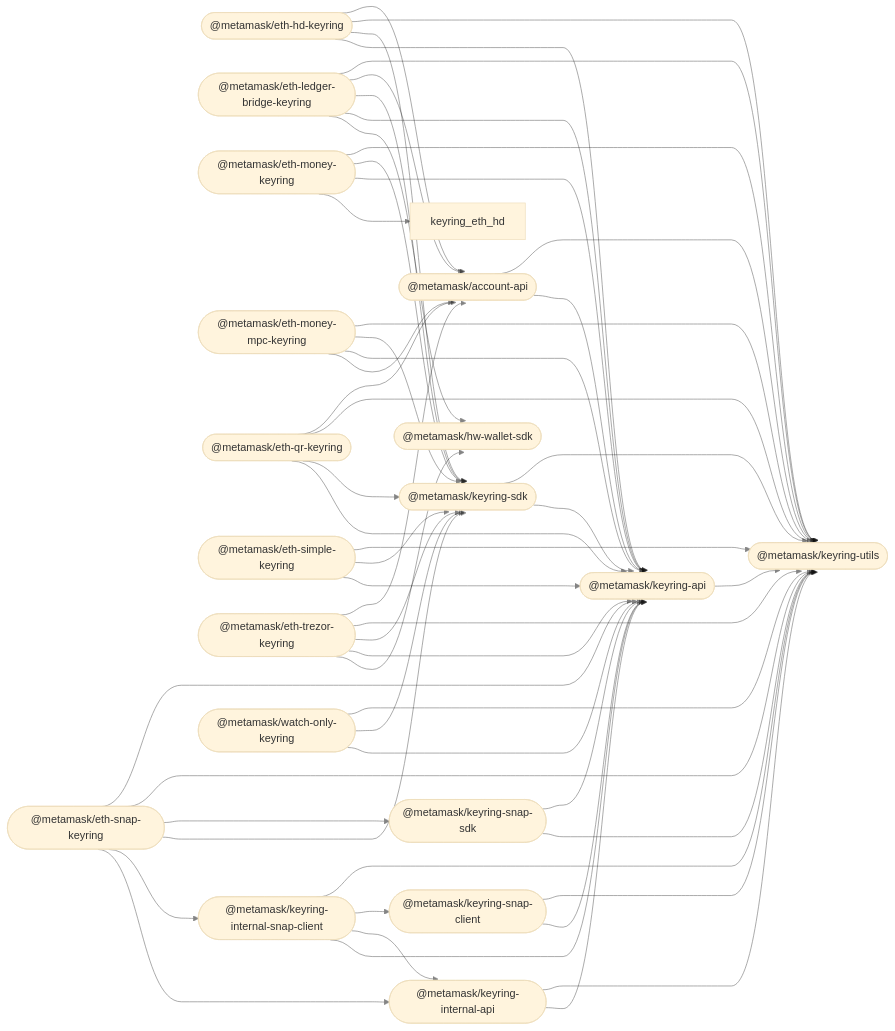
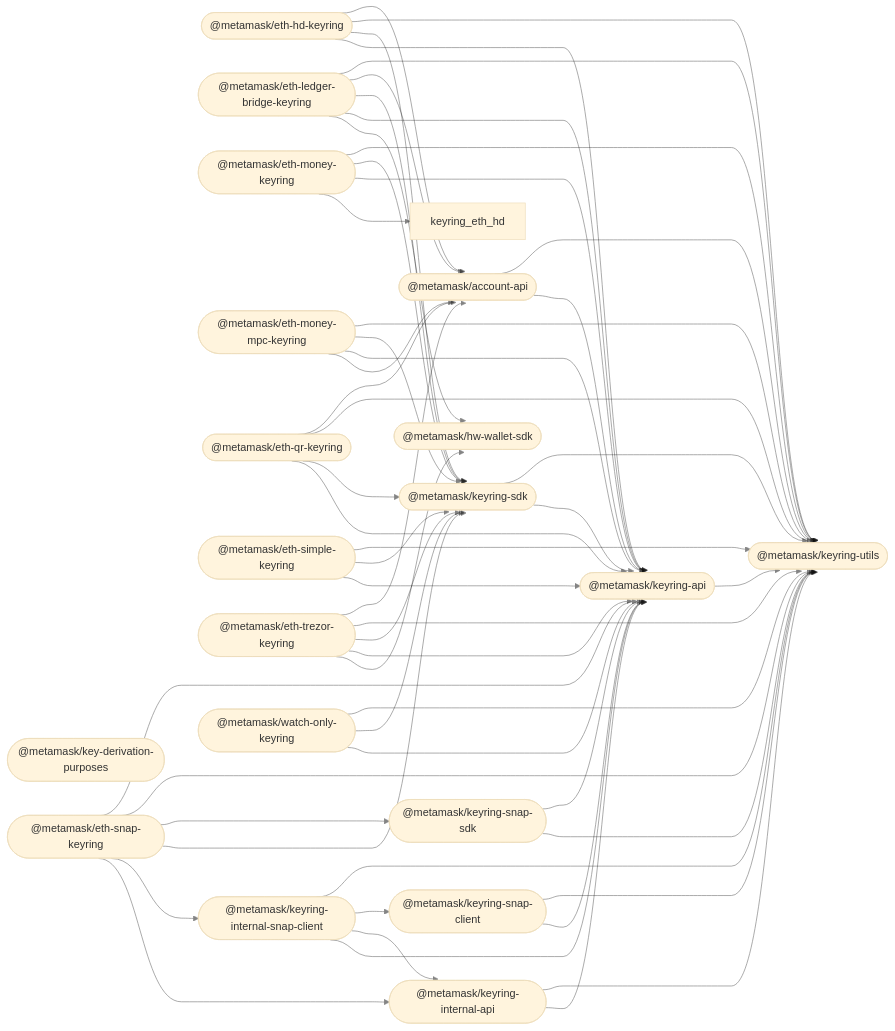
Before and after one commit to MetaMask/accounts: the diagram in README.md, drawn with Mermaid (base theme). The commit also changed other lines of this file and 17 other files, not shown here.

First line of the commit message:
feat(key-derivation-purposes): add shared key derivation purpose registry (#711)

````diff
--- a/README.md
+++ b/README.md
@@ -46,76 +47,77 @@
 ```mermaid
 %%{ init: { 'flowchart': { 'curve': 'bumpX' } } }%%
 graph LR;
 linkStyle default opacity:0.5
   account_api(["@metamask/account-api"]);
   hw_wallet_sdk(["@metamask/hw-wallet-sdk"]);
+  key_derivation_purposes(["@metamask/key-derivation-purposes"]);
   keyring_api(["@metamask/keyring-api"]);
   eth_hd_keyring(["@metamask/eth-hd-keyring"]);
   eth_ledger_bridge_keyring(["@metamask/eth-ledger-bridge-keyring"]);
   eth_money_keyring(["@metamask/eth-money-keyring"]);
   eth_money_mpc_keyring(["@metamask/eth-money-mpc-keyring"]);
   eth_qr_keyring(["@metamask/eth-qr-keyring"]);
   eth_simple_keyring(["@metamask/eth-simple-keyring"]);
   eth_trezor_keyring(["@metamask/eth-trezor-keyring"]);
   keyring_internal_api(["@metamask/keyring-internal-api"]);
   keyring_internal_snap_client(["@metamask/keyring-internal-snap-client"]);
   keyring_sdk(["@metamask/keyring-sdk"]);
   eth_snap_keyring(["@metamask/eth-snap-keyring"]);
   keyring_snap_client(["@metamask/keyring-snap-client"]);
   keyring_snap_sdk(["@metamask/keyring-snap-sdk"]);
   keyring_utils(["@metamask/keyring-utils"]);
   watch_only_keyring(["@metamask/watch-only-keyring"]);
   account_api --> keyring_api;
   account_api --> keyring_utils;
   keyring_api --> keyring_utils;
   eth_hd_keyring --> keyring_api;
   eth_hd_keyring --> keyring_sdk;
   eth_hd_keyring --> keyring_utils;
   eth_hd_keyring --> account_api;
   eth_ledger_bridge_keyring --> hw_wallet_sdk;
   eth_ledger_bridge_keyring --> keyring_api;
   eth_ledger_bridge_keyring --> keyring_sdk;
   eth_ledger_bridge_keyring --> account_api;
   eth_ledger_bridge_keyring --> keyring_utils;
   eth_money_keyring --> keyring_eth_hd;
   eth_money_keyring --> keyring_api;
   eth_money_keyring --> keyring_sdk;
   eth_money_keyring --> keyring_utils;
   eth_money_mpc_keyring --> account_api;
   eth_money_mpc_keyring --> keyring_api;
   eth_money_mpc_keyring --> keyring_sdk;
   eth_money_mpc_keyring --> keyring_utils;
   eth_qr_keyring --> keyring_api;
   eth_qr_keyring --> keyring_sdk;
   eth_qr_keyring --> keyring_utils;
   eth_qr_keyring --> account_api;
   eth_simple_keyring --> keyring_api;
   eth_simple_keyring --> keyring_sdk;
   eth_simple_keyring --> keyring_utils;
   eth_trezor_keyring --> hw_wallet_sdk;
   eth_trezor_keyring --> keyring_api;
   eth_trezor_keyring --> keyring_sdk;
   eth_trezor_keyring --> keyring_utils;
   eth_trezor_keyring --> account_api;
   keyring_internal_api --> keyring_api;
   keyring_internal_api --> keyring_utils;
   keyring_internal_snap_client --> keyring_api;
   keyring_internal_snap_client --> keyring_internal_api;
   keyring_internal_snap_client --> keyring_snap_client;
   keyring_internal_snap_client --> keyring_utils;
   keyring_sdk --> keyring_api;
   keyring_sdk --> keyring_utils;
   eth_snap_keyring --> keyring_internal_api;
   eth_snap_keyring --> keyring_internal_snap_client;
   eth_snap_keyring --> keyring_sdk;
   eth_snap_keyring --> keyring_snap_sdk;
   eth_snap_keyring --> keyring_utils;
   eth_snap_keyring --> keyring_api;
   keyring_snap_client --> keyring_api;
   keyring_snap_client --> keyring_utils;
   keyring_snap_sdk --> keyring_utils;
   keyring_snap_sdk --> keyring_api;
   watch_only_keyring --> keyring_api;
   watch_only_keyring --> keyring_sdk;
   watch_only_keyring --> keyring_utils;
 ```
````
